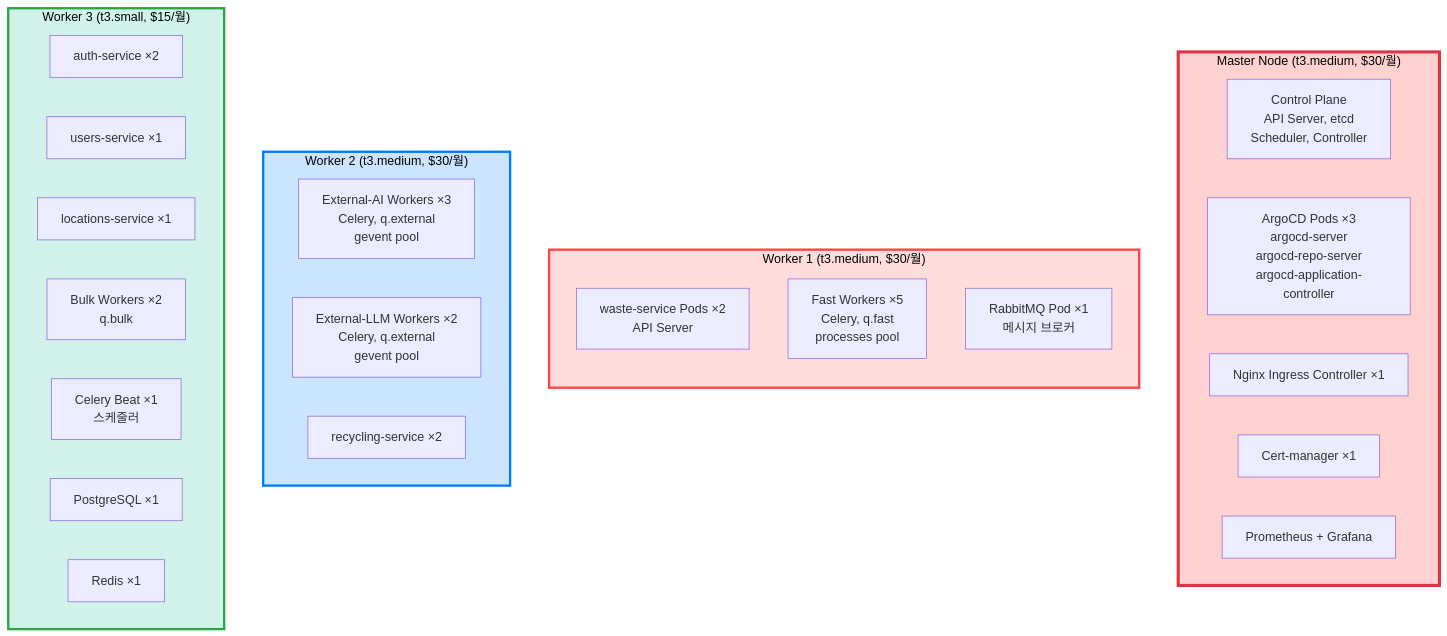
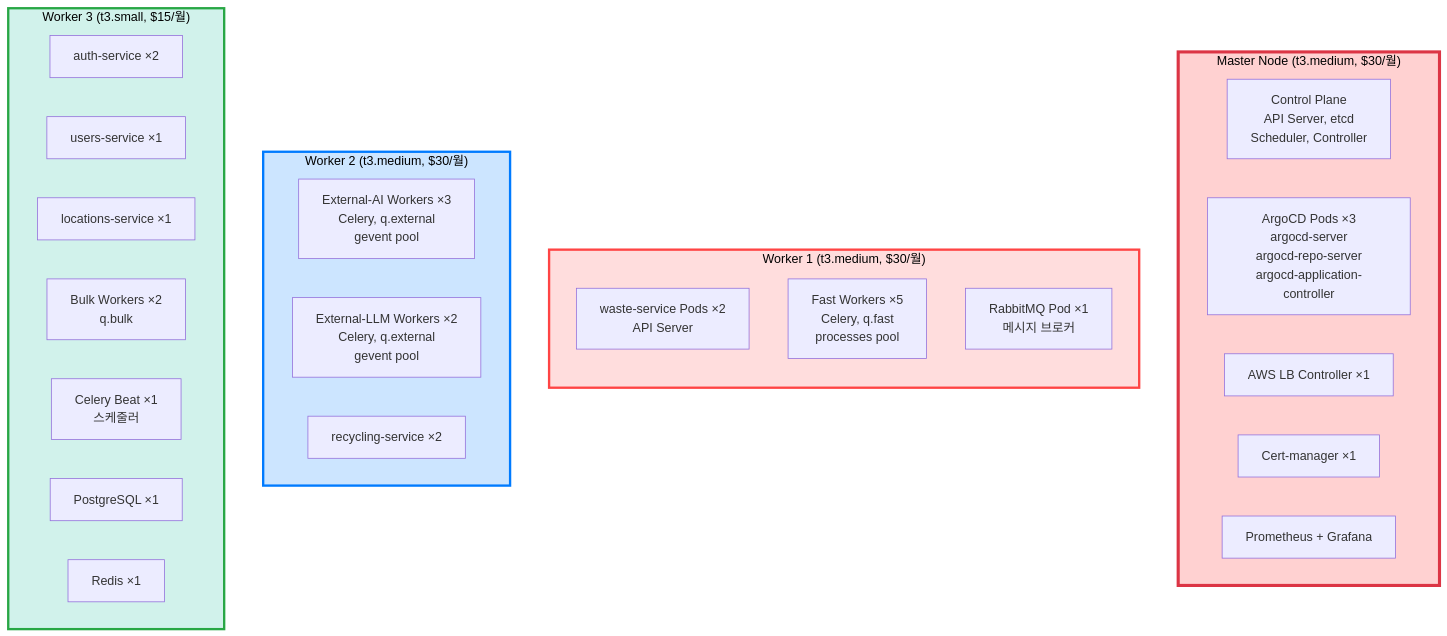
Before and after one commit to eco2-team/backend: the second of 6 diagrams in docs/architecture/final-k8s-architecture.md, drawn with Mermaid. The commit also changed other lines of this file, not shown here.

First line of the commit message:
docs: Fix remaining Nginx references in final-k8s-architecture

````diff
--- a/docs/architecture/final-k8s-architecture.md
+++ b/docs/architecture/final-k8s-architecture.md
@@ -145,38 +148,38 @@
 ```mermaid
 graph TB
     subgraph Master["Master Node (t3.medium, $30/월)"]
         M1[Control Plane<br/>API Server, etcd<br/>Scheduler, Controller]
         M2[ArgoCD Pods ×3<br/>argocd-server<br/>argocd-repo-server<br/>argocd-application-controller]
-        M3[Nginx Ingress Controller ×1]
+        M3[AWS LB Controller ×1]
         M4[Cert-manager ×1]
         M5[Prometheus + Grafana]
     end
     
     subgraph Worker1["Worker 1 (t3.medium, $30/월)"]
         direction TB
         W1_1[waste-service Pods ×2<br/>API Server]
         W1_2[Fast Workers ×5<br/>Celery, q.fast<br/>processes pool]
         W1_3[RabbitMQ Pod ×1<br/>메시지 브로커]
     end
     
     subgraph Worker2["Worker 2 (t3.medium, $30/월)"]
         W2_1[External-AI Workers ×3<br/>Celery, q.external<br/>gevent pool]
         W2_2[External-LLM Workers ×2<br/>Celery, q.external<br/>gevent pool]
         W2_3[recycling-service ×2]
     end
     
     subgraph Worker3["Worker 3 (t3.small, $15/월)"]
         W3_1[auth-service ×2]
         W3_2[users-service ×1]
         W3_3[locations-service ×1]
         W3_4[Bulk Workers ×2<br/>q.bulk]
         W3_5[Celery Beat ×1<br/>스케줄러]
         W3_6[PostgreSQL ×1]
         W3_7[Redis ×1]
     end
     
     style Master fill:#ffd1d1,stroke:#dc3545,stroke-width:4px,color:#000
     style Worker1 fill:#ffdddd,stroke:#ff4444,stroke-width:3px,color:#000
     style Worker2 fill:#cce5ff,stroke:#007bff,stroke-width:3px,color:#000
     style Worker3 fill:#d1f2eb,stroke:#28a745,stroke-width:3px,color:#000
 ```
````
